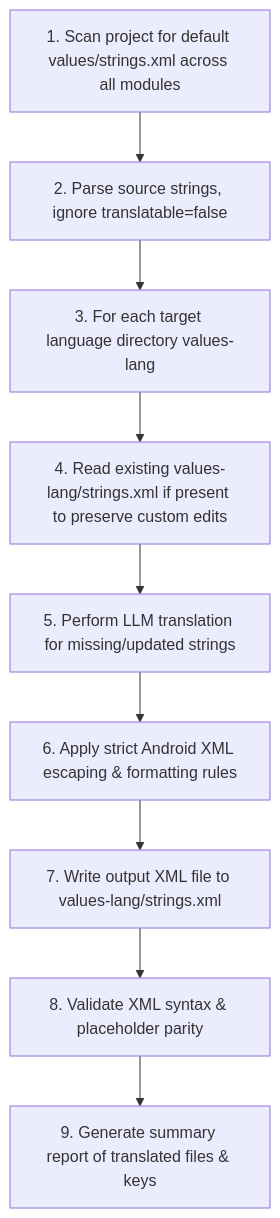
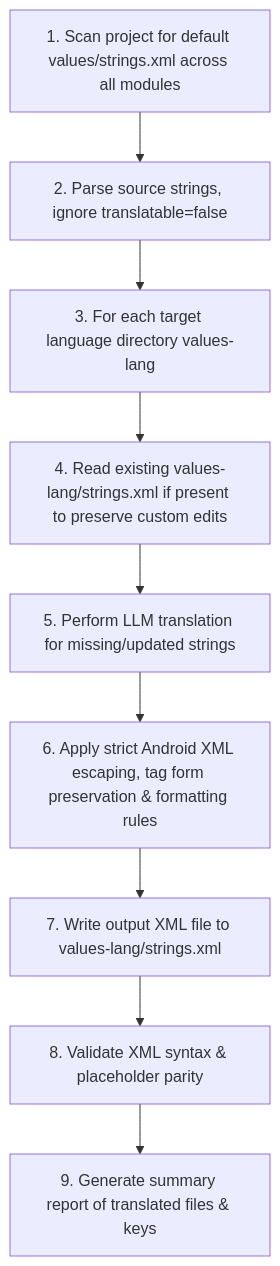
Before and after one commit to impeterwayne/AndroidHarnessAGY: the diagram in assets/xml/.agents/skills/translate-strings/SKILL.md, drawn with Mermaid. The commit also changed other lines of this file and 1 other file, not shown here.

Commit message:
fix(skills): update translate-strings with tag preservation rules

````diff
--- a/assets/xml/.agents/skills/translate-strings/SKILL.md
+++ b/assets/xml/.agents/skills/translate-strings/SKILL.md
@@ -54,11 +61,11 @@
 ```mermaid
 graph TD
     A[1. Scan project for default values/strings.xml across all modules] --> B[2. Parse source strings, ignore translatable=false]
     B --> C[3. For each target language directory values-lang]
     C --> D[4. Read existing values-lang/strings.xml if present to preserve custom edits]
     D --> E[5. Perform LLM translation for missing/updated strings]
-    E --> F[6. Apply strict Android XML escaping & formatting rules]
+    E --> F[6. Apply strict Android XML escaping, tag form preservation & formatting rules]
     F --> G[7. Write output XML file to values-lang/strings.xml]
     G --> H[8. Validate XML syntax & placeholder parity]
     H --> I[9. Generate summary report of translated files & keys]
 ```
````
